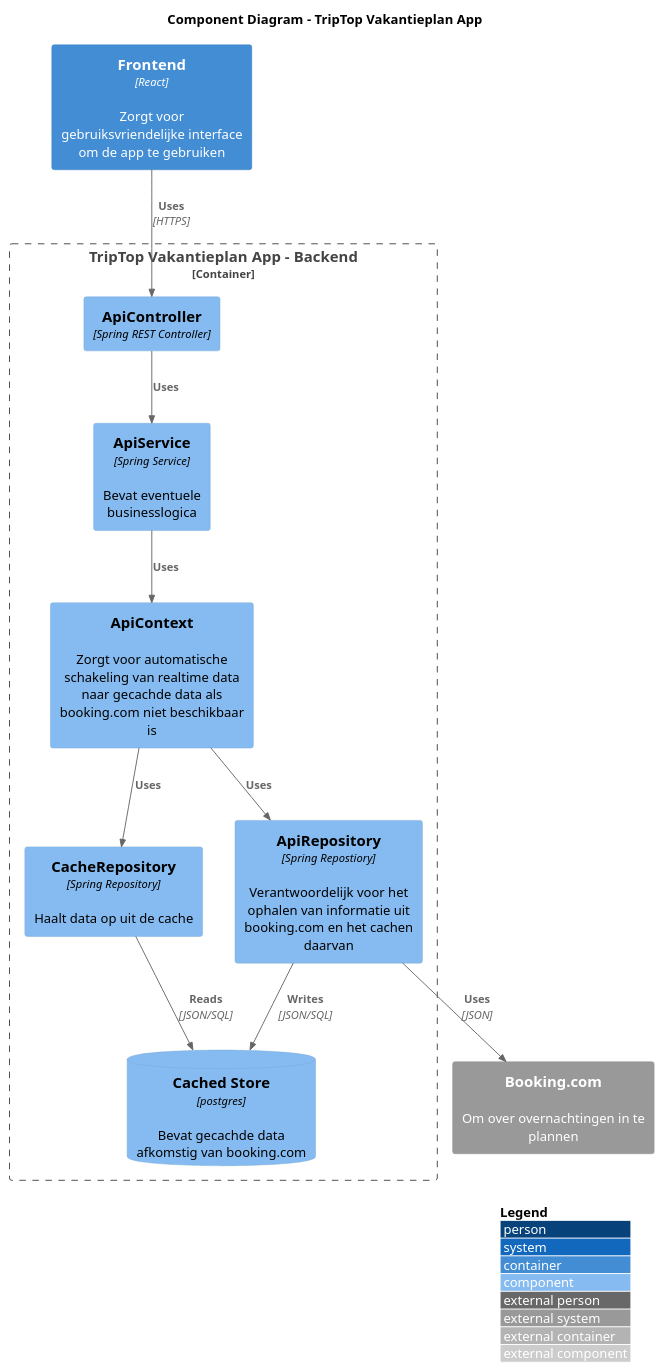
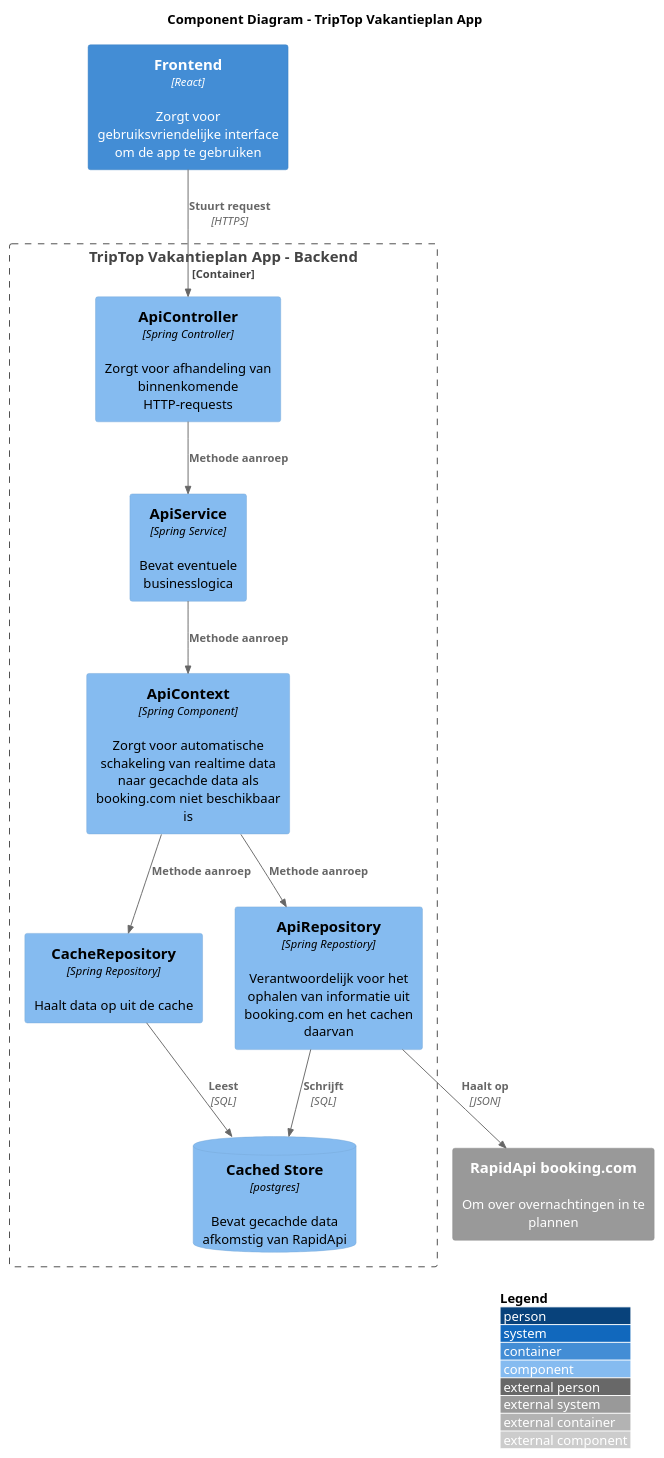
The diagram in opdracht-diagrammen/component_diagram_onderzoeksvraag1_ramon.puml (AIM-ENE-feb25/triptop-groep-3-pedro-ramon-mees), drawn with PlantUML before and after one commit. The commit also changed 2 other files, not shown here.

Commit message:
Update component diagram

```diff
--- a/opdracht-diagrammen/component_diagram_onderzoeksvraag1_ramon.puml
+++ b/opdracht-diagrammen/component_diagram_onderzoeksvraag1_ramon.puml
@@ -1,35 +1,35 @@
 @startuml component_diagram_onderzoeksvraag1_ramon
 
 !include https://raw.githubusercontent.com/plantuml-stdlib/C4-PlantUML/master/C4_Component.puml
 
 title Component Diagram - TripTop Vakantieplan App
 
 Container(frontend, "Frontend", "React", "Zorgt voor gebruiksvriendelijke interface om de app te gebruiken")
 
 Container_Boundary(boundary,   "TripTop Vakantieplan App - Backend") {
-    Component(apicontroller,   "ApiController",   "Spring REST Controller")
-    Component(apiservice,      "ApiService",      "Spring Service",    "Bevat eventuele businesslogica")
-    Component(apicontext,      "ApiContext",      "",                  "Zorgt voor automatische schakeling van realtime data naar gecachde data als booking.com niet beschikbaar is")
-    Component(apirepository,   "ApiRepository",   "Spring Repostiory", "Verantwoordelijk voor het ophalen van informatie uit booking.com en het cachen daarvan")
-    Component(cacherepository, "CacheRepository", "Spring Repository", "Haalt data op uit de cache")
-    ComponentDb(db, "Cached Store", "postgres", "Bevat gecachde data afkomstig van booking.com")
+    Component(apicontroller,   "ApiController",   "Spring Controller", "Zorgt voor afhandeling van binnenkomende HTTP-requests")
+    Component(apiservice,      "ApiService",      "Spring Service",         "Bevat eventuele businesslogica")
+    Component(apicontext,      "ApiContext",      "Spring Component",       "Zorgt voor automatische schakeling van realtime data naar gecachde data als booking.com niet beschikbaar is")
+    Component(apirepository,   "ApiRepository",   "Spring Repostiory",      "Verantwoordelijk voor het ophalen van informatie uit booking.com en het cachen daarvan")
+    Component(cacherepository, "CacheRepository", "Spring Repository",      "Haalt data op uit de cache")
+    ComponentDb(db, "Cached Store", "postgres", "Bevat gecachde data afkomstig van RapidApi")
 }
 
-Rel(frontend, apicontroller, "Uses", "HTTPS")
+Rel(frontend, apicontroller, "Stuurt request", "HTTPS")
 
-Rel(apicontroller, apiservice,      "Uses")
-Rel(apiservice,    apicontext,      "Uses")
-Rel(apicontext,    apirepository,   "Uses")
-Rel(apicontext,    cacherepository, "Uses")
+Rel(apicontroller, apiservice,      "Methode aanroep")
+Rel(apiservice,    apicontext,      "Methode aanroep")
+Rel(apicontext,    apirepository,   "Methode aanroep")
+Rel(apicontext,    cacherepository, "Methode aanroep")
 
-System_Ext(booking, "Booking.com", "Om over overnachtingen in te plannen")
+System_Ext(booking, "RapidApi booking.com", "Om over overnachtingen in te plannen")
 
-Rel(apirepository, booking, "Uses", "JSON")
+Rel(apirepository, booking, "Haalt op", "JSON")
 
-Rel(apirepository,   db, "Writes", "JSON/SQL")
-Rel(cacherepository, db, "Reads",  "JSON/SQL")
+Rel(apirepository,   db, "Schrijft", "SQL")
+Rel(cacherepository, db, "Leest",    "SQL")
 
 SHOW_LEGEND(true)
 LAYOUT_WITH_LEGEND()
 
 @enduml
```
